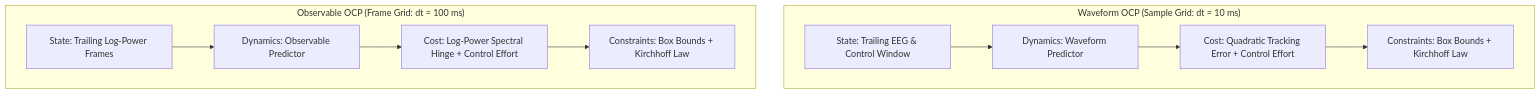
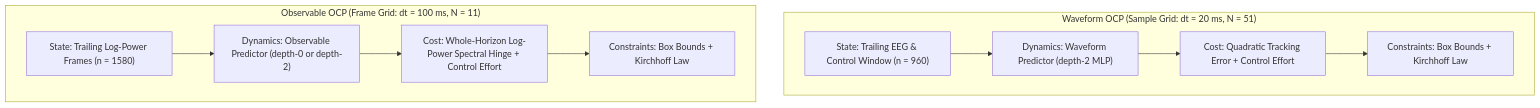
Before and after one commit to maxi-fr/neuro: the first of 2 diagrams in docs/optimal_control_solver_benchmarks.md, drawn with Mermaid. The commit also changed other lines of this file and 16 other files, not shown here.

````diff
--- a/docs/optimal_control_solver_benchmarks.md
+++ b/docs/optimal_control_solver_benchmarks.md
@@ -16,14 +22,14 @@
 ```mermaid
 graph TD
-    subgraph "Waveform OCP (Sample Grid: dt = 10 ms)"
-        W1["State: Trailing EEG & Control Window"] --> W2["Dynamics: Waveform Predictor"]
+    subgraph "Waveform OCP (Sample Grid: dt = 20 ms, N = 51)"
+        W1["State: Trailing EEG & Control Window (n = 960)"] --> W2["Dynamics: Waveform Predictor (depth-2 MLP)"]
         W2 --> W3["Cost: Quadratic Tracking Error + Control Effort"]
         W3 --> W4["Constraints: Box Bounds + Kirchhoff Law"]
     end
 
-    subgraph "Observable OCP (Frame Grid: dt = 100 ms)"
-        O1["State: Trailing Log-Power Frames"] --> O2["Dynamics: Observable Predictor"]
-        O2 --> O3["Cost: Log-Power Spectral Hinge + Control Effort"]
+    subgraph "Observable OCP (Frame Grid: dt = 100 ms, N = 11)"
+        O1["State: Trailing Log-Power Frames (n = 1580)"] --> O2["Dynamics: Observable Predictor (depth-0 or depth-2)"]
+        O2 --> O3["Cost: Whole-Horizon Log-Power Spectral Hinge + Control Effort"]
         O3 --> O4["Constraints: Box Bounds + Kirchhoff Law"]
     end
 ```
````
